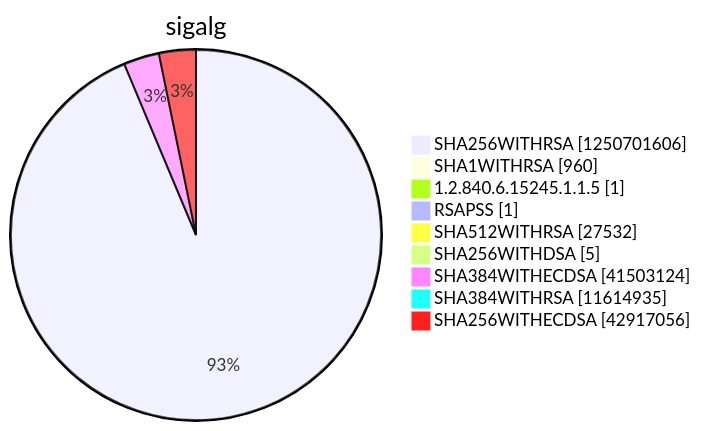
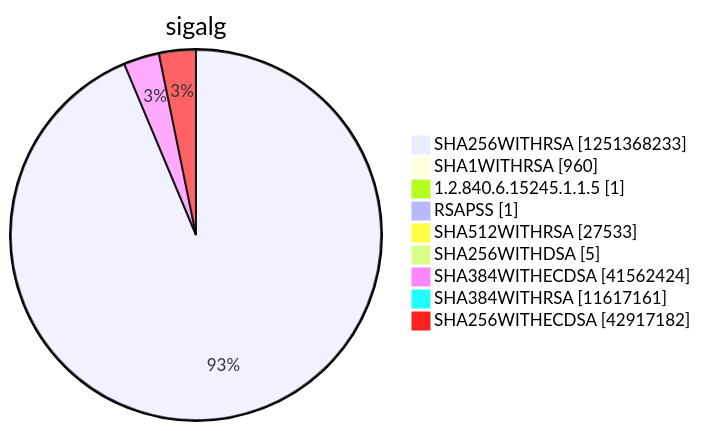
Diagram 15 of 15 in argon2022/README.md (christiankrug/ctmonitor_visualization), drawn with Mermaid before and after one commit. The commit also changed other lines of this file, not shown here.

````diff
--- a/argon2022/README.md
+++ b/argon2022/README.md
@@ -5522,13 +5522,13 @@
 ```mermaid
 pie showData
 title sigalg
-"SHA256WITHRSA" :1250701606
+"SHA256WITHRSA" :1251368233
 "SHA1WITHRSA" :960
 "1.2.840.6.15245.1.1.5" :1
 "RSAPSS" :1
-"SHA512WITHRSA" :27532
+"SHA512WITHRSA" :27533
 "SHA256WITHDSA" :5
-"SHA384WITHECDSA" :41503124
-"SHA384WITHRSA" :11614935
-"SHA256WITHECDSA" :42917056
+"SHA384WITHECDSA" :41562424
+"SHA384WITHRSA" :11617161
+"SHA256WITHECDSA" :42917182
 ```
````
